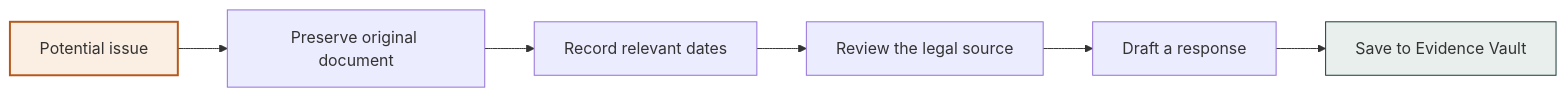
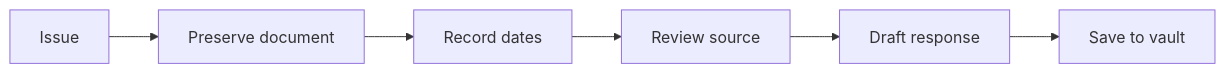
One commit to KodeMeister-YT/CivicShield changed the ninth of 12 diagrams in README.md. Above: the diagram before and after it, drawn with Mermaid. The commit also changed other lines of this file, not shown here.

Commit message:
docs: trim README prose, keep all diagrams and data

````diff
--- a/README.md
+++ b/README.md
@@ -297,11 +181,5 @@
 ```mermaid
 flowchart LR
-    I[Potential issue] --> P[Preserve original document]
-    P --> R[Record relevant dates]
-    R --> S[Review the legal source]
-    S --> D[Draft a response]
-    D --> V[Save to Evidence Vault]
-
-    style I fill:#fbeee2,stroke:#b5591a,stroke-width:2px
-    style V fill:#e8efec,stroke:#1c3a3a
+    I[Issue] --> P[Preserve document] --> R[Record dates] --> S[Review source]
+    S --> D[Draft response] --> V[Save to vault]
 ```
````
